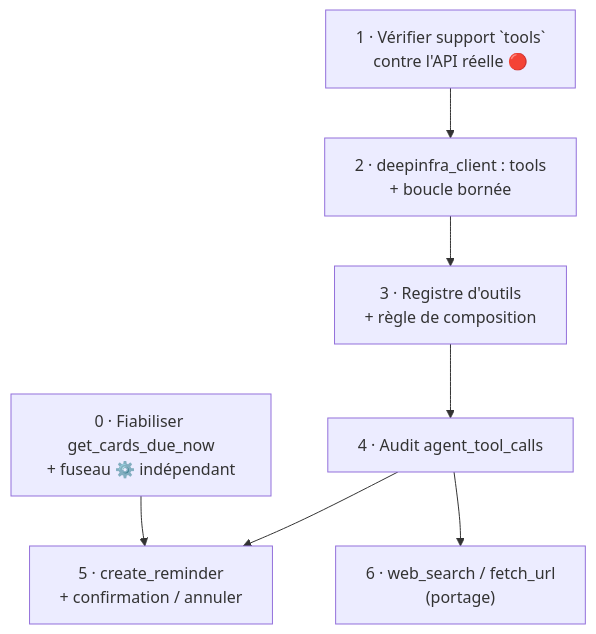
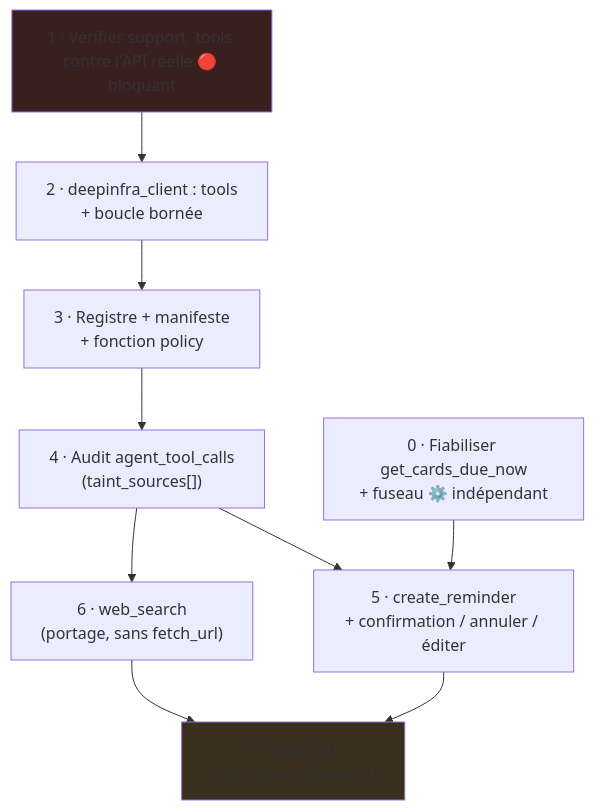
One commit to jeanlangloismeurinne/ai-vps-projects changed the ninth of 9 diagrams in projects/assistant-ia/roadmap/agent-outillage.md. Above: the diagram before and after it, drawn with Mermaid. The commit also changed other lines of this file and 35 other files, not shown here.

````diff
--- a/projects/assistant-ia/roadmap/agent-outillage.md
+++ b/projects/assistant-ia/roadmap/agent-outillage.md
@@ -231,9 +431,13 @@
 ```mermaid
 graph TD
-    T1["1 · Vérifier support `tools`<br/>contre l'API réelle 🔴"] --> T2["2 · deepinfra_client : tools<br/>+ boucle bornée"]
-    T2 --> T3["3 · Registre d'outils<br/>+ règle de composition"]
-    T3 --> T4["4 · Audit agent_tool_calls"]
-    T4 --> T5["5 · create_reminder<br/>+ confirmation / annuler"]
-    T4 --> T6["6 · web_search / fetch_url<br/>(portage)"]
+    T1["1 · Vérifier support `tools`<br/>contre l'API réelle 🔴 bloquant"] --> T2["2 · deepinfra_client : tools<br/>+ boucle bornée"]
+    T2 --> T3["3 · Registre + manifeste<br/>+ fonction policy"]
+    T3 --> T4["4 · Audit agent_tool_calls<br/>(taint_sources[])"]
+    T4 --> T5["5 · create_reminder<br/>+ confirmation / annuler / éditer"]
+    T4 --> T6["6 · web_search<br/>(portage, sans fetch_url)"]
+    T5 --> T7["7 · fetch_url<br/>+ contrôle d'egress §4"]
+    T6 --> T7
     T0["0 · Fiabiliser get_cards_due_now<br/>+ fuseau ⚙️ indépendant"] --> T5
+    style T1 fill:#3a1f1f
+    style T7 fill:#3a2f1f
 ```
````
